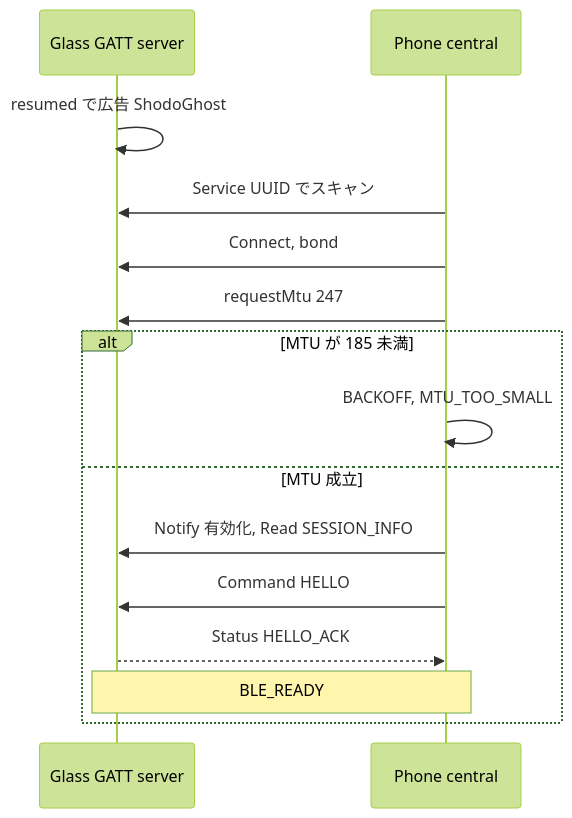
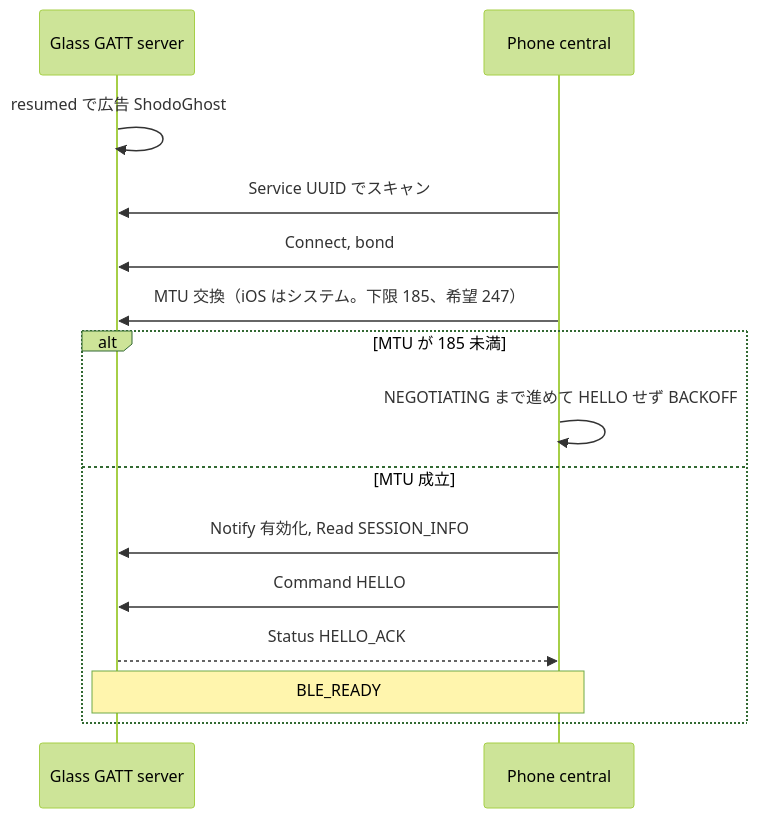
Before and after one commit to ohnuma616-jpg/ShodoGhost: the first of 6 diagrams in docs/sequences.md, drawn with Mermaid (forest theme). The commit also changed other lines of this file and 15 other files, not shown here.

First line of the commit message:
Link glass and iPhone sessions through a mock GATT pipe.

````diff
--- a/docs/sequences.md
+++ b/docs/sequences.md
@@ -7,17 +7,17 @@
 ```mermaid
 sequenceDiagram
     participant Glass as Glass GATT server
     participant Phone as Phone central
     Glass->>Glass: resumed で広告 ShodoGhost
     Phone->>Glass: Service UUID でスキャン
     Phone->>Glass: Connect, bond
-    Phone->>Glass: requestMtu 247
+    Phone->>Glass: MTU 交換（iOS はシステム。下限 185、希望 247）
     alt MTU が 185 未満
-        Phone->>Phone: BACKOFF, MTU_TOO_SMALL
+        Phone->>Phone: NEGOTIATING まで進めて HELLO せず BACKOFF
     else MTU 成立
         Phone->>Glass: Notify 有効化, Read SESSION_INFO
         Phone->>Glass: Command HELLO
         Glass-->>Phone: Status HELLO_ACK
         Note over Phone,Glass: BLE_READY
     end
 ```
````
